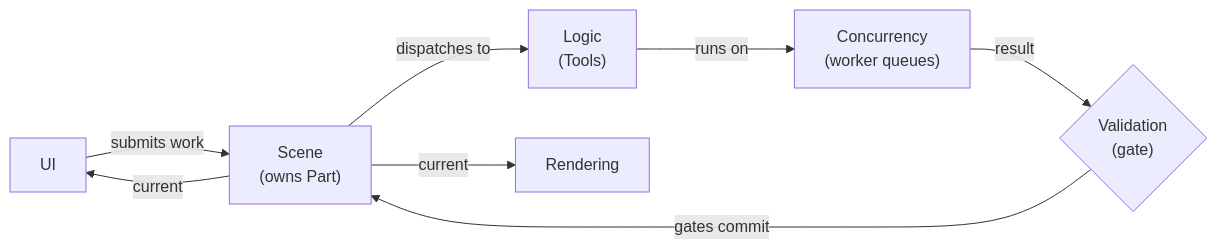
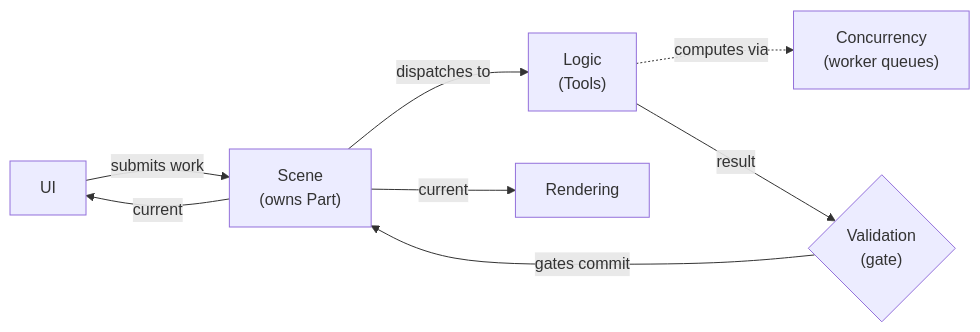
The first of 6 diagrams in docs/architecture.md (NikolaiIFedorov/3d-print-analyser), drawn with Mermaid before and after one commit.

Commit message:
Diagram fix

````diff
--- a/docs/architecture.md
+++ b/docs/architecture.md
@@ -54,17 +54,17 @@
 ```mermaid
 flowchart LR
     UI["UI"]
     Scene["Scene<br/>(owns Part)"]
     Logic["Logic<br/>(Tools)"]
     Concurrency["Concurrency<br/>(worker queues)"]
     Validation{"Validation<br/>(gate)"}
     Rendering["Rendering"]
 
     UI -- "submits work" --> Scene
     Scene -- "dispatches to" --> Logic
-    Logic -- "runs on" --> Concurrency
-    Concurrency -- "result" --> Validation
+    Logic -. "computes via" .-> Concurrency
+    Logic -- "result" --> Validation
     Validation -- "gates commit" --> Scene
     Scene -- "current" --> Rendering
     Scene -- "current" --> UI
 ```
````
